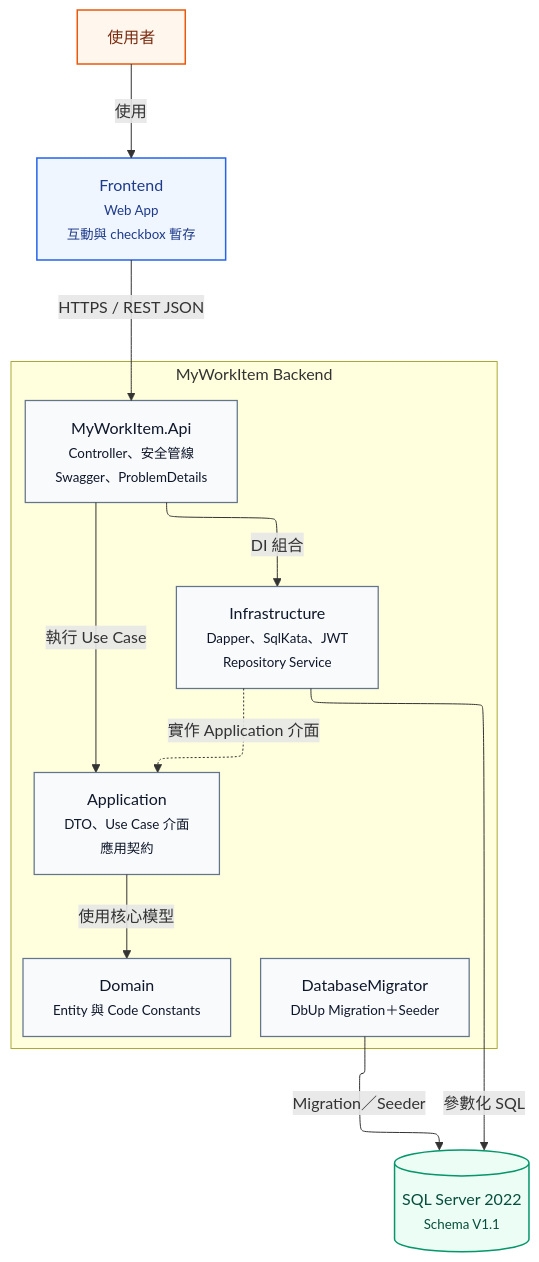
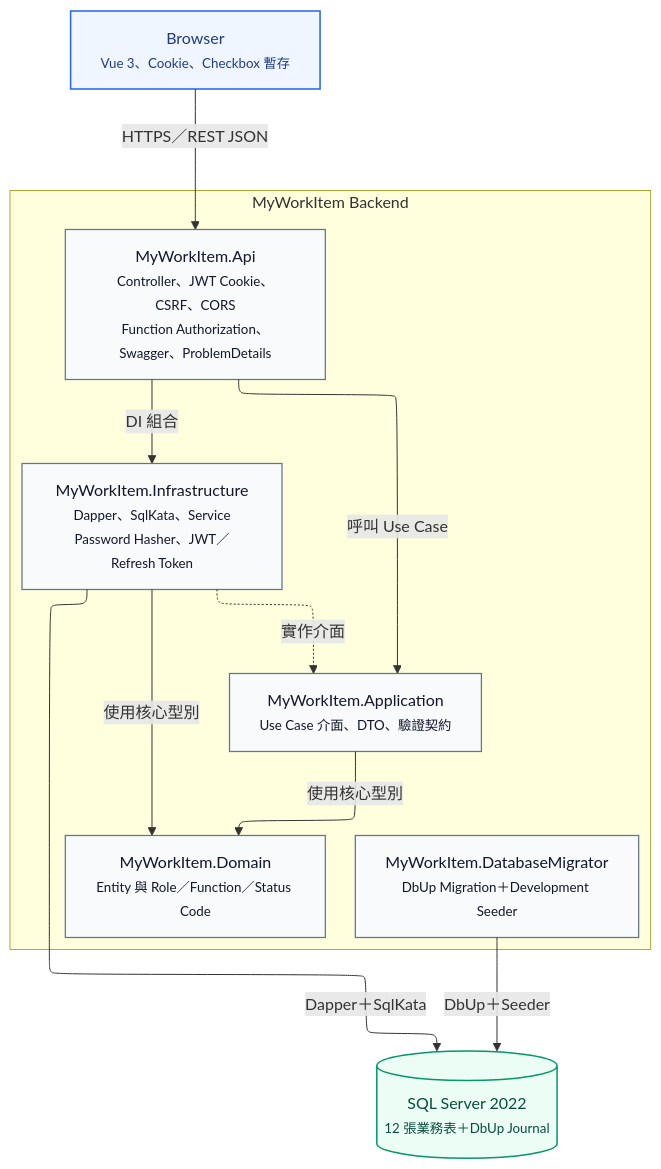
The second of 4 diagrams in docs/Architecture.md (JJDing-Louis/MyWorkItem_Backend), drawn with Mermaid before and after one commit. The commit also changed other lines of this file and 10 other files, not shown here.

````diff
--- a/docs/Architecture.md
+++ b/docs/Architecture.md
@@ -35,34 +33,32 @@
 ```mermaid
 %%{init: {"flowchart": {"defaultRenderer": "elk", "nodeSpacing": 55, "rankSpacing": 80}}}%%
 flowchart TD
-    user["使用者"] -->|"使用"| frontend["Frontend<br/><small>Web App<br/>互動與 checkbox 暫存</small>"]
+    browser["Browser<br/><small>Vue 3、Cookie、Checkbox 暫存</small>"]
 
     subgraph backend["MyWorkItem Backend"]
         direction TD
-        api["MyWorkItem.Api<br/><small>Controller、安全管線<br/>Swagger、ProblemDetails</small>"]
-        application["Application<br/><small>DTO、Use Case 介面<br/>應用契約</small>"]
-        infrastructure["Infrastructure<br/><small>Dapper、SqlKata、JWT<br/>Repository Service</small>"]
-        domain["Domain<br/><small>Entity 與 Code Constants</small>"]
-        migrator["DatabaseMigrator<br/><small>DbUp Migration＋Seeder</small>"]
+        api["MyWorkItem.Api<br/><small>Controller、JWT Cookie、CSRF、CORS<br/>Function Authorization、Swagger、ProblemDetails</small>"]
+        application["MyWorkItem.Application<br/><small>Use Case 介面、DTO、驗證契約</small>"]
+        infrastructure["MyWorkItem.Infrastructure<br/><small>Dapper、SqlKata、Service<br/>Password Hasher、JWT／Refresh Token</small>"]
+        domain["MyWorkItem.Domain<br/><small>Entity 與 Role／Function／Status Code</small>"]
+        migrator["MyWorkItem.DatabaseMigrator<br/><small>DbUp Migration＋Development Seeder</small>"]
 
-        api -->|"執行 Use Case"| application
-        application -->|"使用核心模型"| domain
+        api -->|"呼叫 Use Case"| application
         api -->|"DI 組合"| infrastructure
-        infrastructure -.->|"實作 Application 介面"| application
+        infrastructure -.->|"實作介面"| application
+        application -->|"使用核心型別"| domain
+        infrastructure -->|"使用核心型別"| domain
     end
 
-    sqlserver[("SQL Server 2022<br/><small>Schema V1.1</small>")]
+    sqlserver[("SQL Server 2022<br/><small>12 張業務表＋DbUp Journal</small>")]
+    browser -->|"HTTPS／REST JSON"| api
+    infrastructure -->|"Dapper＋SqlKata"| sqlserver
+    migrator -->|"DbUp＋Seeder"| sqlserver
 
-    frontend -->|"HTTPS / REST JSON"| api
-    infrastructure -->|"參數化 SQL"| sqlserver
-    migrator -->|"Migration／Seeder"| sqlserver
-
-    classDef actor fill:#FFF7ED,stroke:#EA580C,color:#7C2D12,stroke-width:1.5px;
     classDef boundary fill:#EFF6FF,stroke:#2563EB,color:#1E3A8A,stroke-width:1.5px;
     classDef component fill:#F8FAFC,stroke:#64748B,color:#0F172A,stroke-width:1.25px;
     classDef storage fill:#ECFDF5,stroke:#059669,color:#064E3B,stroke-width:1.5px;
-    class user actor;
-    class frontend boundary;
+    class browser boundary;
     class api,application,infrastructure,domain,migrator component;
     class sqlserver storage;
 ```
````
